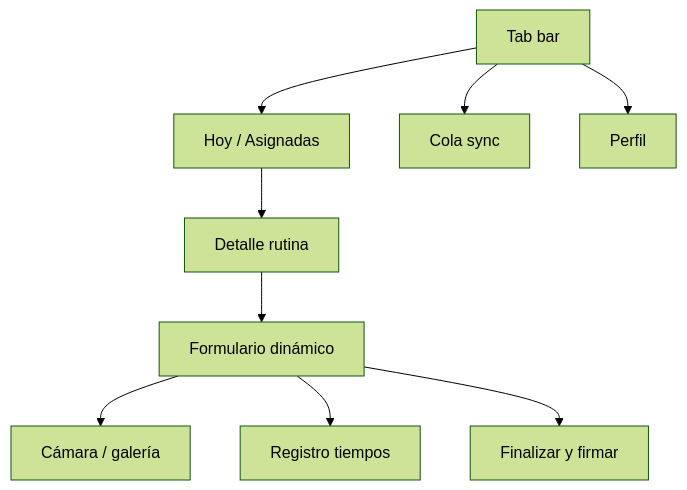
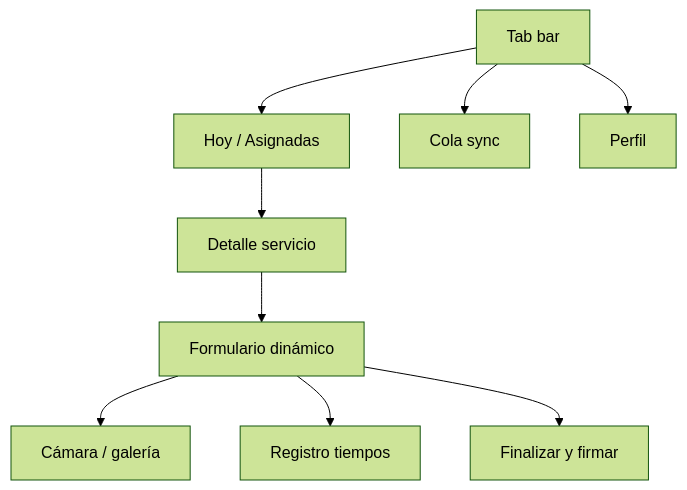
The diagram in openspec/design/mobile-field-app.md (Adrian247/noah), drawn with Mermaid (forest theme) before and after one commit. The commit also changed other lines of this file and 279 other files, not shown here.

````diff
--- a/openspec/design/mobile-field-app.md
+++ b/openspec/design/mobile-field-app.md
@@ -7,13 +7,13 @@
 ```mermaid
 flowchart TB
   Tabs[Tab bar]
   Tabs --> Hoy[Hoy / Asignadas]
   Tabs --> Cola[Cola sync]
   Tabs --> Perfil[Perfil]
 
-  Hoy --> Detalle[Detalle rutina]
+  Hoy --> Detalle[Detalle servicio]
   Detalle --> Form[Formulario dinámico]
   Form --> Evidencia[Cámara / galería]
   Form --> Tiempos[Registro tiempos]
   Form --> Fin[Finalizar y firmar]
 ```
````
